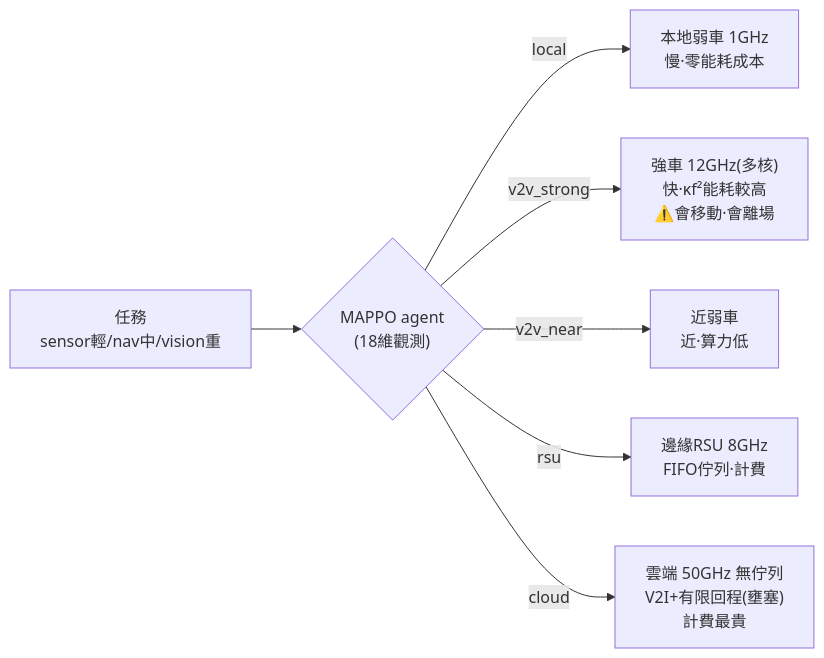
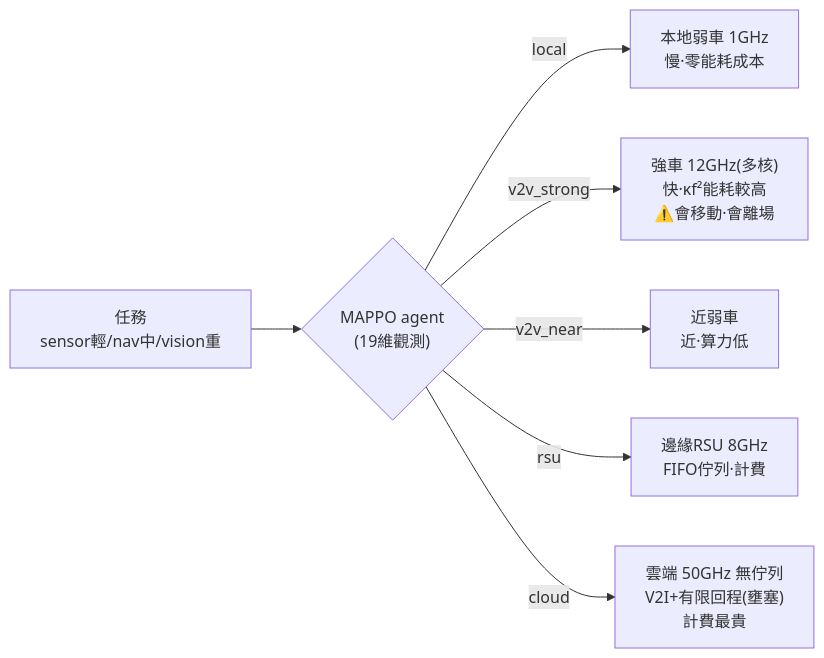
The second of 3 diagrams in README.md (Nekojuice03/desktop-tutorial), drawn with Mermaid before and after one commit. The commit also changed other lines of this file and 19 other files, not shown here.

````diff
--- a/README.md
+++ b/README.md
@@ -60,9 +60,9 @@
 ```mermaid
 flowchart LR
-    T["任務<br/>sensor輕/nav中/vision重"] --> A{"MAPPO agent<br/>(18維觀測)"}
+    T["任務<br/>sensor輕/nav中/vision重"] --> A{"MAPPO agent<br/>(19維觀測)"}
     A -->|"local"| L["本地弱車 1GHz<br/>慢·零能耗成本"]
     A -->|"v2v_strong"| S["強車 12GHz(多核)<br/>快·κf²能耗較高<br/>⚠️會移動·會離場"]
     A -->|"v2v_near"| N["近弱車<br/>近·算力低"]
     A -->|"rsu"| R["邊緣RSU 8GHz<br/>FIFO佇列·計費"]
     A -->|"cloud"| C["雲端 50GHz 無佇列<br/>V2I+有限回程(壅塞)<br/>計費最貴"]
 ```
````
